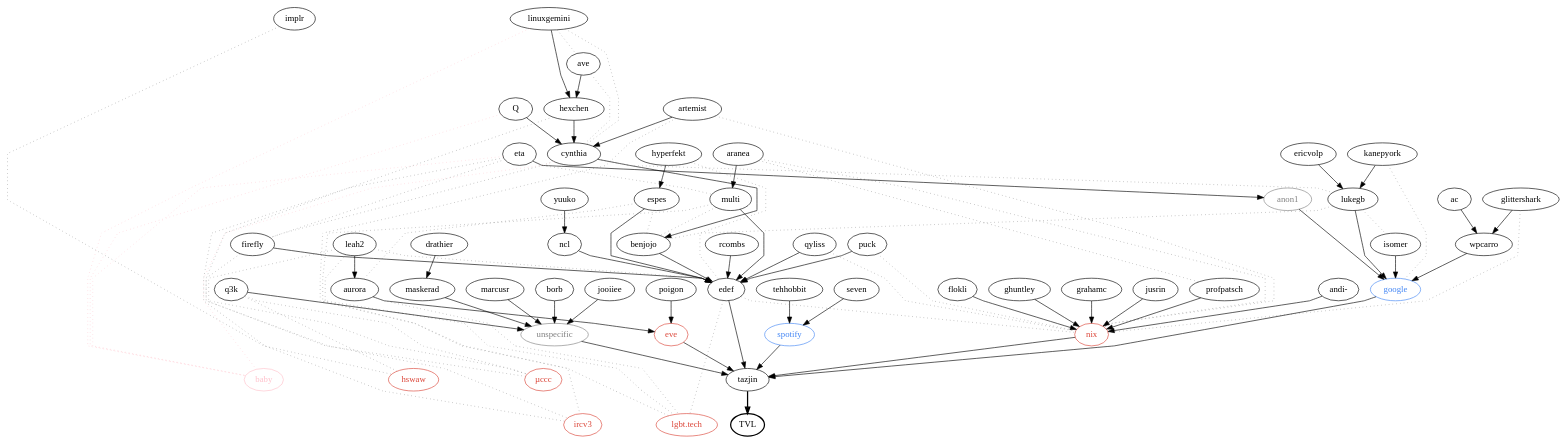
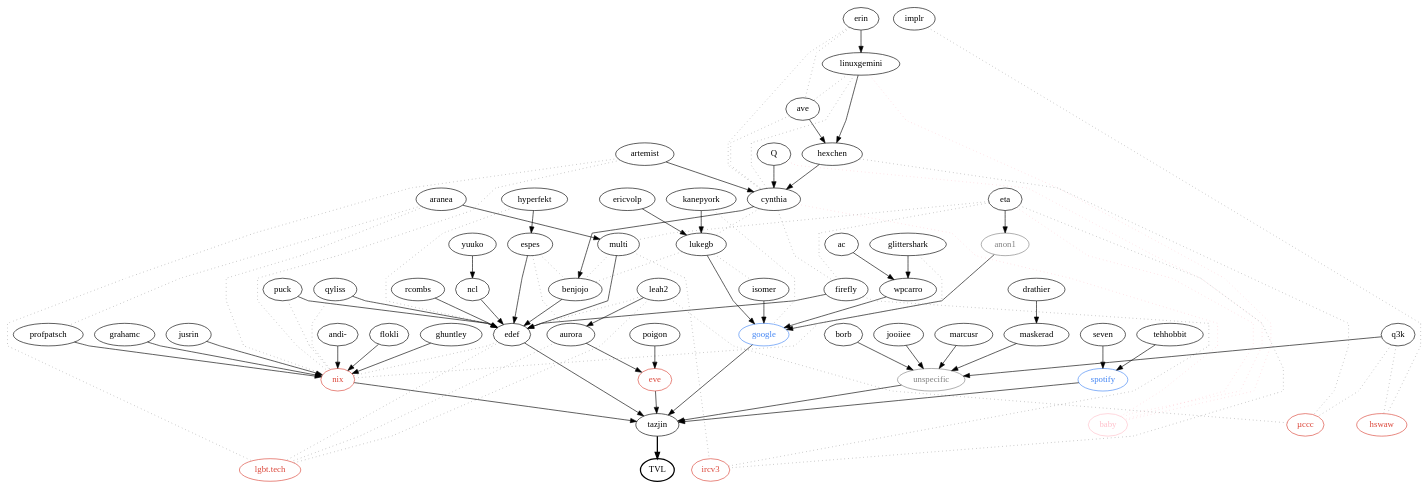
The diagram in web/tvl/tvl.dot (thkoch2001/tvlfyi_depot), drawn with Graphviz before and after one commit.

Commit message:
feat(web/tvl): Add erin to TVL
From 2c0942a0bddaa2686d5e19c521c004484989734e Mon Sep 17 00:00:00 2001
From: erin <erin@generalprogramming.org>
Date: Wed, 13 May 2020 14:48:55 -0700
Subject: feat(web/tvl): Add nepeat to TVL

```diff
--- a/web/tvl/tvl.dot
+++ b/web/tvl/tvl.dot
@@ -22,6 +22,7 @@
     drathier;
     edef [href="https://edef.eu/files/edef.hs"];
     ericvolp [href="https://ericv.me"];
+    erin [href="https://e2.pm/"];
     espes;
     eta [href="https://theta.eu.org/"];
     firefly [href="http://firefly.nu/"];
@@ -128,6 +129,7 @@
     borb -> unspecific;
     cynthia -> benjojo;
     drathier -> maskerad;
+    erin -> linuxgemini;
     eta -> anon1;
     ericvolp -> lukegb;
     glittershark -> wpcarro;
@@ -190,6 +192,8 @@
     ave -> cynthia;
     linuxgemini -> ave;
     linuxgemini -> cynthia;
+    erin -> ave;
+    erin -> cynthia;
   }
 
   // baby
```
